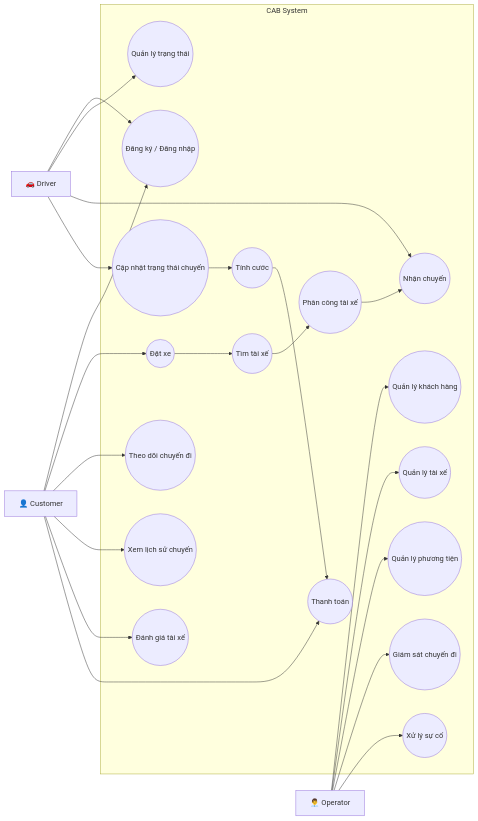
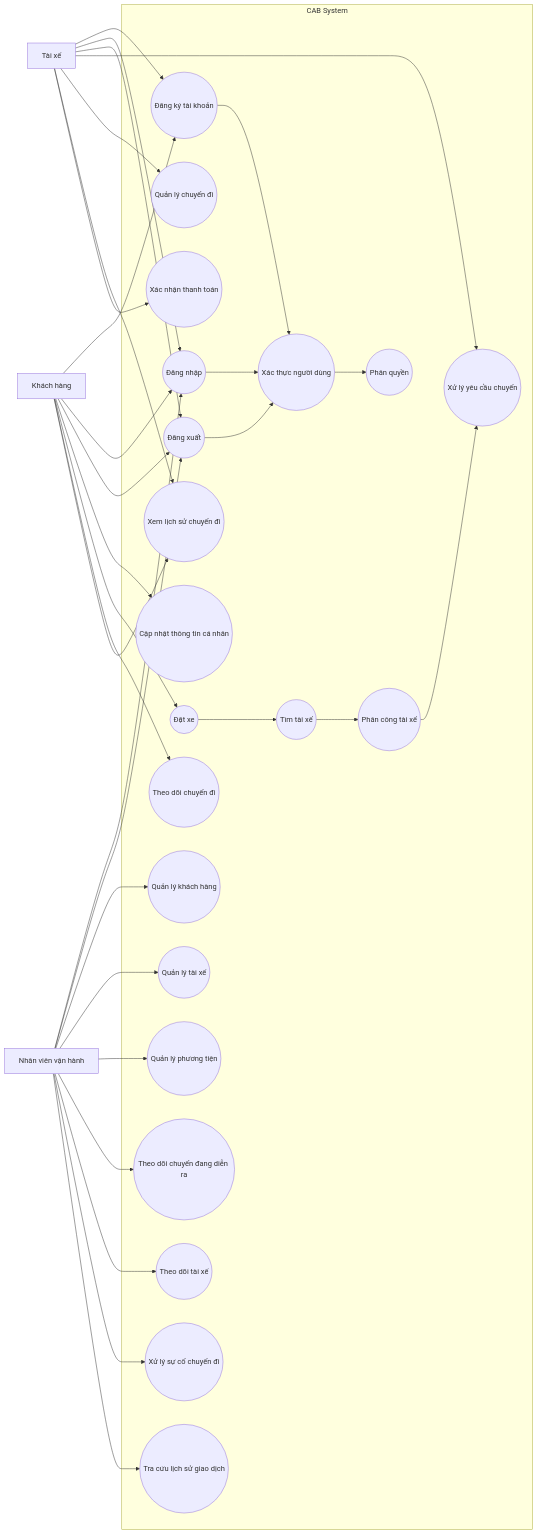
Before and after one commit to HoanNghi16/23677401_NguyenDuongHoangNghi_cabsystem: the second of 2 diagrams in README.md, drawn with Mermaid. The commit also changed other lines of this file and 13 other files, not shown here.

````diff
--- a/README.md
+++ b/README.md
@@ -141,56 +120,104 @@
 ```mermaid
 flowchart LR
 
-    Customer["👤 Customer"]
-    Driver["🚗 Driver"]
-    Operator["👨‍💼 Operator"]
+    Customer["Khách hàng"]
+    Driver["Tài xế"]
+    Operator["Nhân viên vận hành"]
 
     subgraph CAB["CAB System"]
 
-        UC1(("Đăng ký / Đăng nhập"))
-        UC2(("Đặt xe"))
-        UC3(("Theo dõi chuyến đi"))
-        UC4(("Xem lịch sử chuyến"))
-        UC5(("Đánh giá tài xế"))
+        %% Quản lý tài khoản
+        UC1(("Đăng ký tài khoản"))
+        UC2(("Đăng nhập"))
+        UC3(("Đăng xuất"))
+        UC4(("Cập nhật thông tin cá nhân"))
 
-        UC6(("Quản lý trạng thái"))
-        UC7(("Nhận chuyến"))
-        UC8(("Cập nhật trạng thái chuyến"))
+        %% Đặt xe
+        UC5(("Đặt xe"))
 
-        UC9(("Tìm tài xế"))
-        UC10(("Phân công tài xế"))
-        UC11(("Tính cước"))
-        UC12(("Thanh toán"))
+        %% Phân công tài xế
+        UC6(("Tìm tài xế"))
+        UC7(("Phân công tài xế"))
+        UC8(("Xử lý yêu cầu chuyến"))
 
+        %% Quản lý chuyến
+        UC9(("Quản lý chuyến đi"))
+        UC10(("Theo dõi chuyến đi"))
+        UC11(("Xem lịch sử chuyến đi"))
+
+        %% Thanh toán
+        UC12(("Xác nhận thanh toán"))
+
+        %% Quản lý vận hành
         UC13(("Quản lý khách hàng"))
         UC14(("Quản lý tài xế"))
         UC15(("Quản lý phương tiện"))
-        UC16(("Giám sát chuyến đi"))
-        UC17(("Xử lý sự cố"))
+        UC16(("Theo dõi chuyến đang diễn ra"))
+        UC17(("Theo dõi tài xế"))
+        UC18(("Xử lý sự cố chuyến đi"))
+        UC19(("Tra cứu lịch sử giao dịch"))
+
+        %% Hệ thống
+        UC20(("Xác thực người dùng"))
+        UC21(("Phân quyền"))
     end
+
+    %% =========================
+    %% CUSTOMER
+    %% =========================
 
     Customer --> UC1
     Customer --> UC2
     Customer --> UC3
     Customer --> UC4
+
     Customer --> UC5
-    Customer --> UC12
+    Customer --> UC10
+    Customer --> UC11
+
+    %% =========================
+    %% DRIVER
+    %% =========================
 
     Driver --> UC1
-    Driver --> UC6
-    Driver --> UC7
+    Driver --> UC2
+    Driver --> UC3
+
     Driver --> UC8
+    Driver --> UC9
+    Driver --> UC11
+    Driver --> UC12
+
+    %% =========================
+    %% OPERATOR
+    %% =========================
+
+    Operator --> UC2
+    Operator --> UC3
 
     Operator --> UC13
     Operator --> UC14
     Operator --> UC15
     Operator --> UC16
     Operator --> UC17
+    Operator --> UC18
+    Operator --> UC19
 
-    UC2 --> UC9
-    UC9 --> UC10
-    UC10 --> UC7
+    %% =========================
+    %% SYSTEM BUSINESS PROCESS
+    %% =========================
 
-    UC8 --> UC11
-    UC11 --> UC12
+    UC5 --> UC6
+    UC6 --> UC7
+    UC7 --> UC8
+
+    %% =========================
+    %% AUTHENTICATION / AUTHORIZATION
+    %% =========================
+
+    UC1 --> UC20
+    UC2 --> UC20
+    UC3 --> UC20
+
+    UC20 --> UC21
 ```
````
